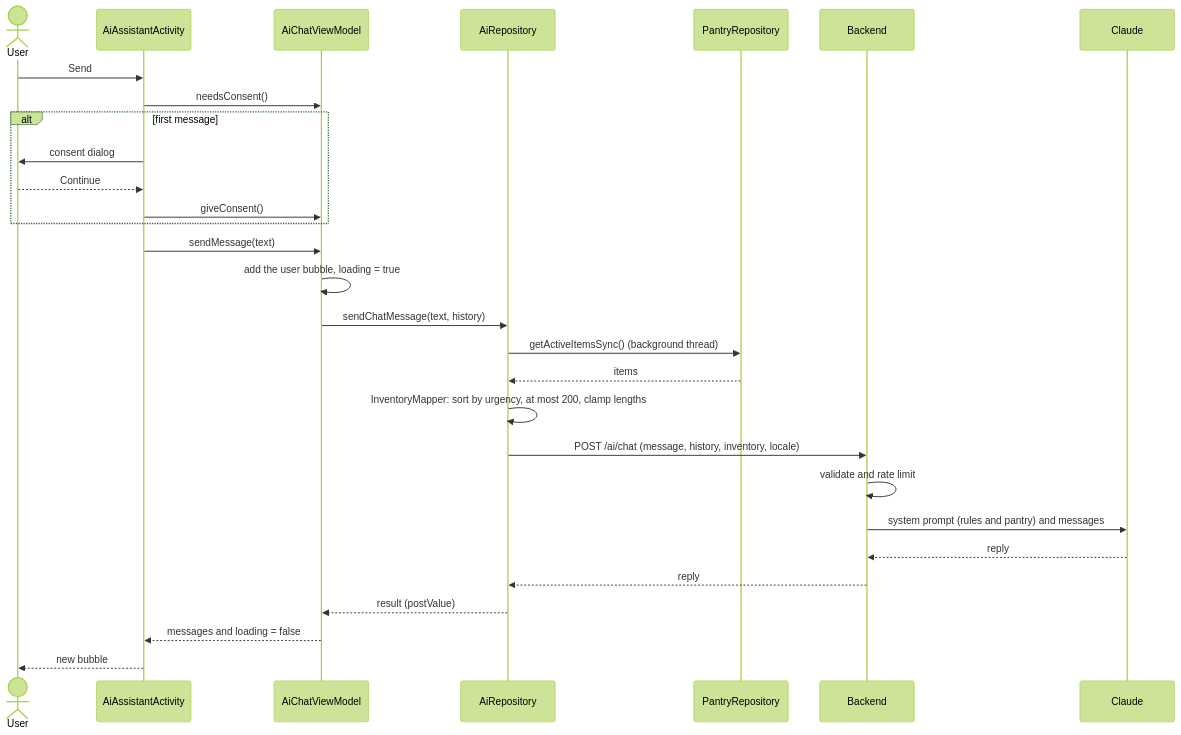
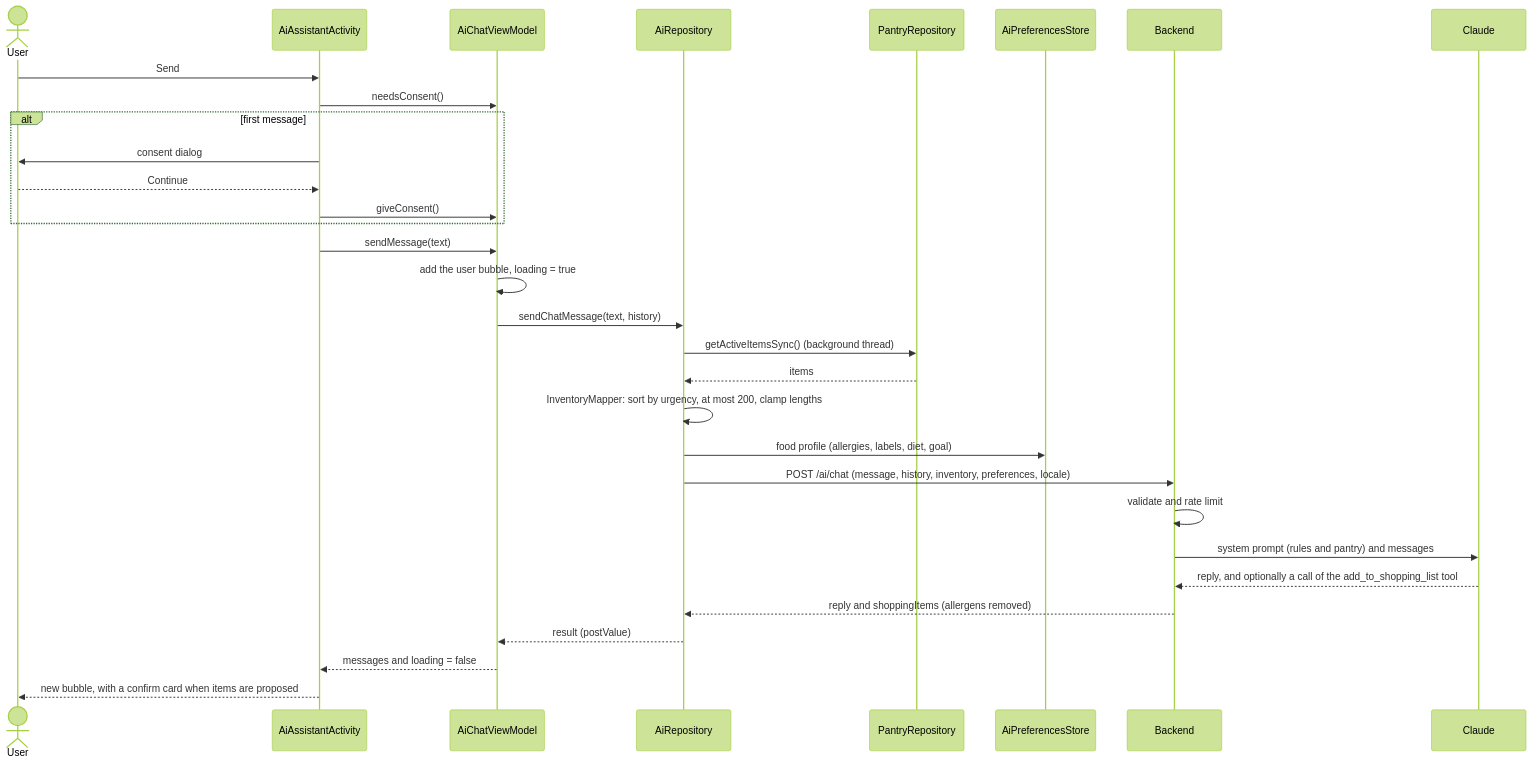
Before and after one commit to HZohra/PantryWise-Group-Project: the diagram in docs/diagrams/src/04-ai-engine-02.mmd, drawn with Mermaid (forest theme). The commit also changed 28 other files, not shown here.

First line of the commit message:
Update documentation for the food profile PR and show it before the permission dialog

```diff
--- a/docs/diagrams/src/04-ai-engine-02.mmd
+++ b/docs/diagrams/src/04-ai-engine-02.mmd
@@ -1,30 +1,32 @@
 sequenceDiagram
     actor U as User
     participant A as AiAssistantActivity
     participant VM as AiChatViewModel
     participant R as AiRepository
     participant P as PantryRepository
+    participant S as AiPreferencesStore
     participant BE as Backend
     participant C as Claude
 
     U->>A: Send
     A->>VM: needsConsent()
     alt first message
         A->>U: consent dialog
         U-->>A: Continue
         A->>VM: giveConsent()
     end
     A->>VM: sendMessage(text)
     VM->>VM: add the user bubble, loading = true
     VM->>R: sendChatMessage(text, history)
     R->>P: getActiveItemsSync() (background thread)
     P-->>R: items
     R->>R: InventoryMapper: sort by urgency, at most 200, clamp lengths
-    R->>BE: POST /ai/chat (message, history, inventory, locale)
+    R->>S: food profile (allergies, labels, diet, goal)
+    R->>BE: POST /ai/chat (message, history, inventory, preferences, locale)
     BE->>BE: validate and rate limit
     BE->>C: system prompt (rules and pantry) and messages
-    C-->>BE: reply
-    BE-->>R: reply
+    C-->>BE: reply, and optionally a call of the add_to_shopping_list tool
+    BE-->>R: reply and shoppingItems (allergens removed)
     R-->>VM: result (postValue)
     VM-->>A: messages and loading = false
-    A-->>U: new bubble
+    A-->>U: new bubble, with a confirm card when items are proposed
```
